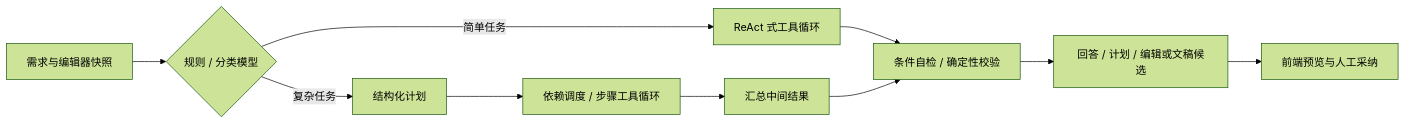
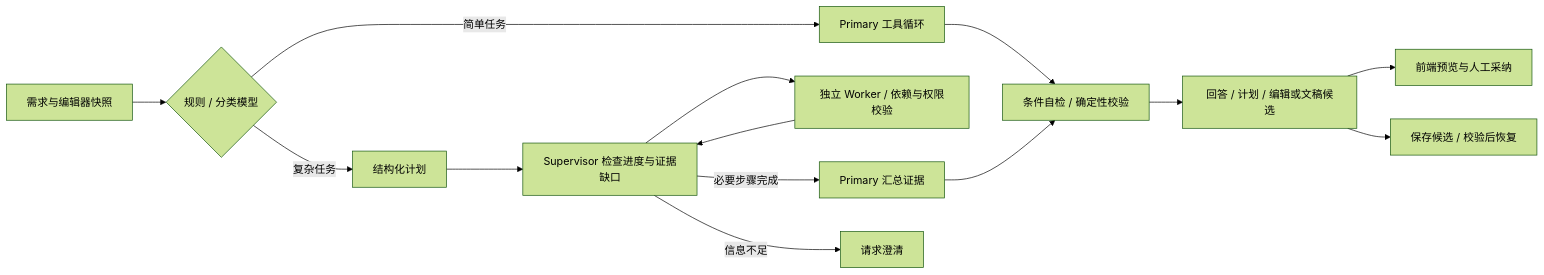
The first of 3 diagrams in README.md (seren-spark/livedoc_server_nest), drawn with Mermaid (forest theme) before and after one commit. The commit also changed other lines of this file and 123 other files, not shown here.

````diff
--- a/README.md
+++ b/README.md
@@ -15,12 +17,16 @@
 ```mermaid
 flowchart LR
   Input[需求与编辑器快照] --> Route{规则 / 分类模型}
-  Route -->|简单任务| Loop[ReAct 式工具循环]
+  Route -->|简单任务| Loop[Primary 工具循环]
   Route -->|复杂任务| Plan[结构化计划]
-  Plan --> Execute[依赖调度 / 步骤工具循环]
-  Execute --> Compose[汇总中间结果]
+  Plan --> Supervisor[Supervisor 检查进度与证据缺口]
+  Supervisor --> Execute[独立 Worker / 依赖与权限校验]
+  Execute --> Supervisor
+  Supervisor -->|必要步骤完成| Compose[Primary 汇总证据]
+  Supervisor -->|信息不足| Clarify[请求澄清]
   Loop --> Check[条件自检 / 确定性校验]
   Compose --> Check
   Check --> Candidate[回答 / 计划 / 编辑或文稿候选]
   Candidate --> Review[前端预览与人工采纳]
+  Candidate --> Stored[保存候选 / 校验后恢复]
 ```
````
